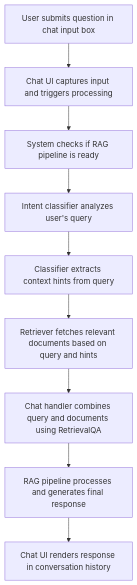
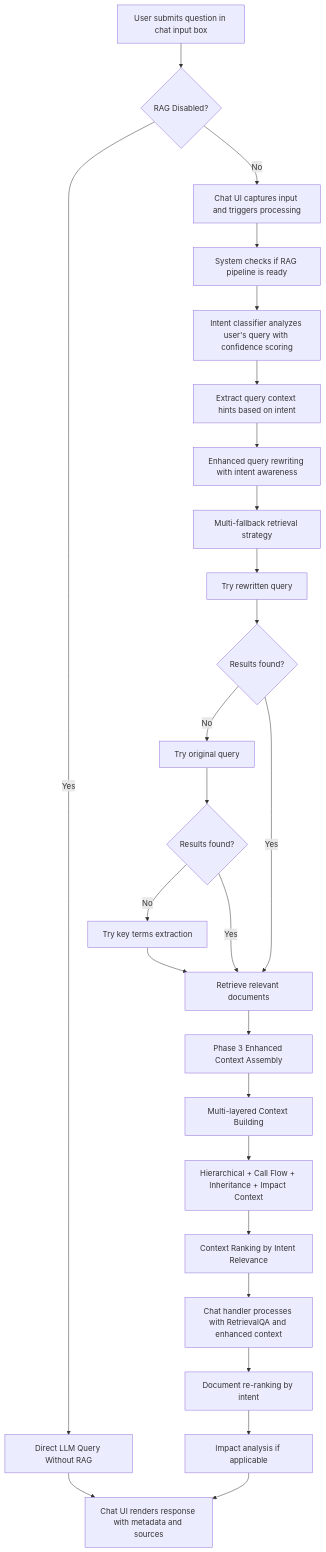
The second of 7 diagrams in debug_tools/MERMAID_CHART.md (anilbattini/codebase-qa), drawn with Mermaid before and after one commit. The commit also changed other lines of this file, not shown here.

Commit message:
Updating the mermaid chart with the updated enhancements

````diff
--- a/debug_tools/MERMAID_CHART.md
+++ b/debug_tools/MERMAID_CHART.md
@@ -60,11 +84,29 @@
 ```mermaid
 flowchart TD
-    A[User submits question in chat input box] --> B[Chat UI captures input and triggers processing]
+    A[User submits question in chat input box] --> A1{RAG Disabled?}
+    A1 -->|Yes| A2[Direct LLM Query Without RAG]
+    A1 -->|No| B[Chat UI captures input and triggers processing]
+    A2 --> I[Chat UI renders response]
     B --> C[System checks if RAG pipeline is ready]
-    C --> D[Intent classifier analyzes user's query]
-    D --> E[Classifier extracts context hints from query]
-    E --> F[Retriever fetches relevant documents based on query and hints]
-    F --> G[Chat handler combines query and documents using RetrievalQA]
-    G --> H[RAG pipeline processes and generates final response]
-    H --> I[Chat UI renders response in conversation history]
+    C --> D[Intent classifier analyzes user's query with confidence scoring]
+    D --> D1[Extract query context hints based on intent]
+    D1 --> E[Enhanced query rewriting with intent awareness]
+    E --> F[Multi-fallback retrieval strategy]
+    F --> F1[Try rewritten query]
+    F1 --> F2{Results found?}
+    F2 -->|No| F3[Try original query]
+    F3 --> F4{Results found?}
+    F4 -->|No| F5[Try key terms extraction]
+    F5 --> G[Retrieve relevant documents]
+    F2 -->|Yes| G
+    F4 -->|Yes| G
+    
+    G --> G1[Phase 3 Enhanced Context Assembly]
+    G1 --> G2[Multi-layered Context Building]
+    G2 --> G3[Hierarchical + Call Flow + Inheritance + Impact Context]
+    G3 --> G4[Context Ranking by Intent Relevance]
+    G4 --> H[Chat handler processes with RetrievalQA and enhanced context]
+    H --> H1[Document re-ranking by intent]
+    H1 --> H2[Impact analysis if applicable]
+    H2 --> I[Chat UI renders response with metadata and sources]
 ```
````
